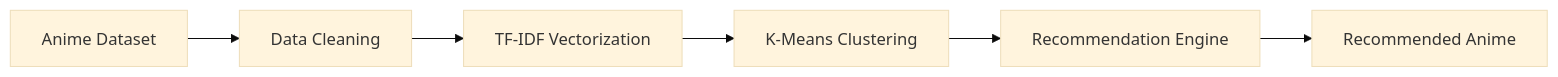
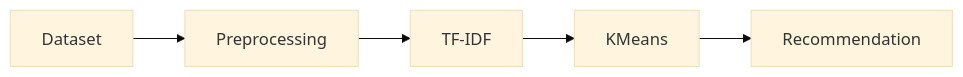
One commit to udaycodespace/ani-compass changed the diagram in README.md. Above: the diagram before and after it, drawn with Mermaid (base theme). The commit also changed other lines of this file, not shown here.

````diff
--- a/README.md
+++ b/README.md
@@ -23,8 +19,7 @@
 ```mermaid
 flowchart LR
-    A[Anime Dataset] --> B[Data Cleaning]
-    B --> C[TF-IDF Vectorization]
-    C --> D[K-Means Clustering]
-    D --> E[Recommendation Engine]
-    E --> F[Recommended Anime]
+    Dataset --> Preprocessing
+    Preprocessing --> TF-IDF
+    TF-IDF --> KMeans
+    KMeans --> Recommendation
 ```
````
